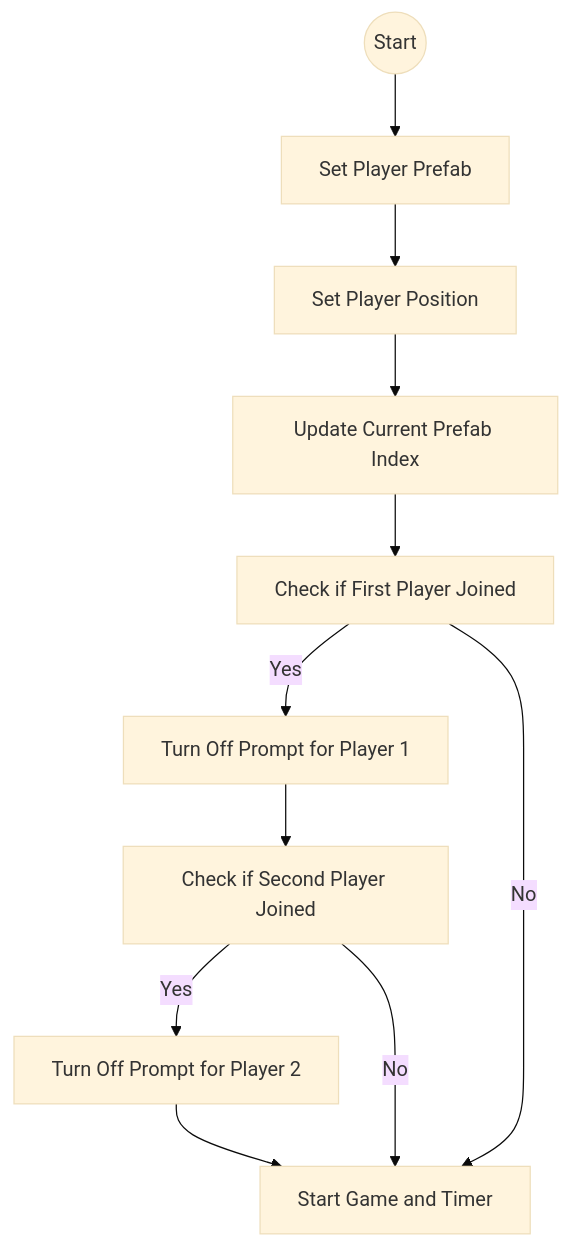
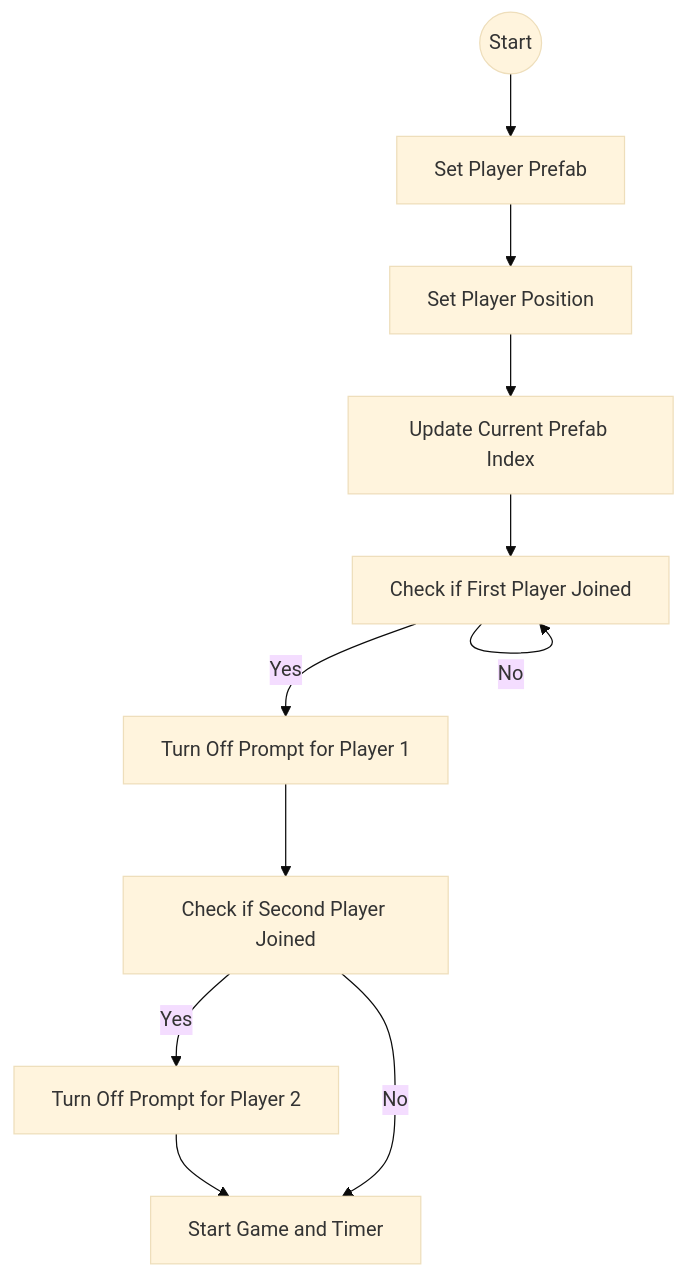
Before and after one commit to PAP0/Linx-Game: the diagram in README.md, drawn with Mermaid (base theme).

```diff
--- a/README.md
+++ b/README.md
@@ -42,23 +42,23 @@
 ~~~mermaid
 flowchart TD;
     A((Start))
     B[Set Player Prefab]
     C[Set Player Position]
     D[Update Current Prefab Index]
     E[Check if First Player Joined]
     F[Turn Off Prompt for Player 1]
     G[Check if Second Player Joined]
     H[Turn Off Prompt for Player 2]
     I[Start Game and Timer]
     
     A --> B
     B --> C
     C --> D
     D --> E
     E -- Yes --> F
     F --> G
     G -- Yes --> H
     H --> I
     G -- No --> I
-    E -- No --> I
+    E -- No --> E
 ~~~
```
